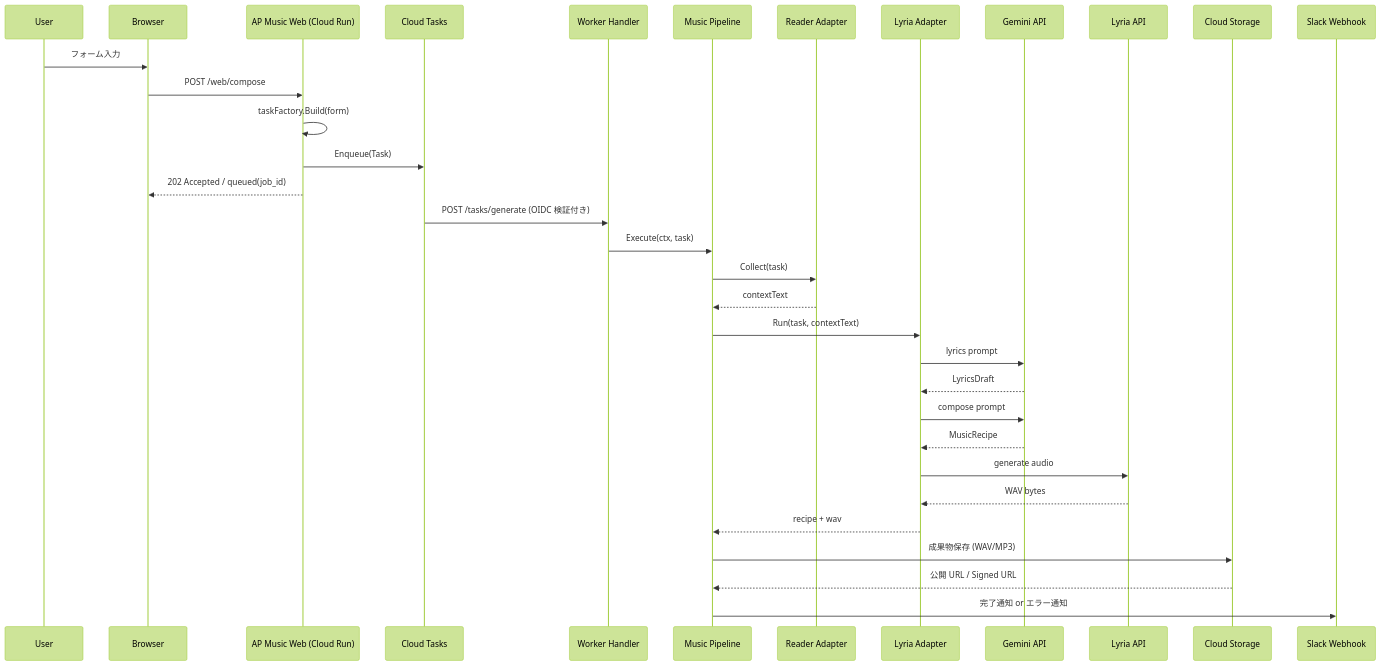
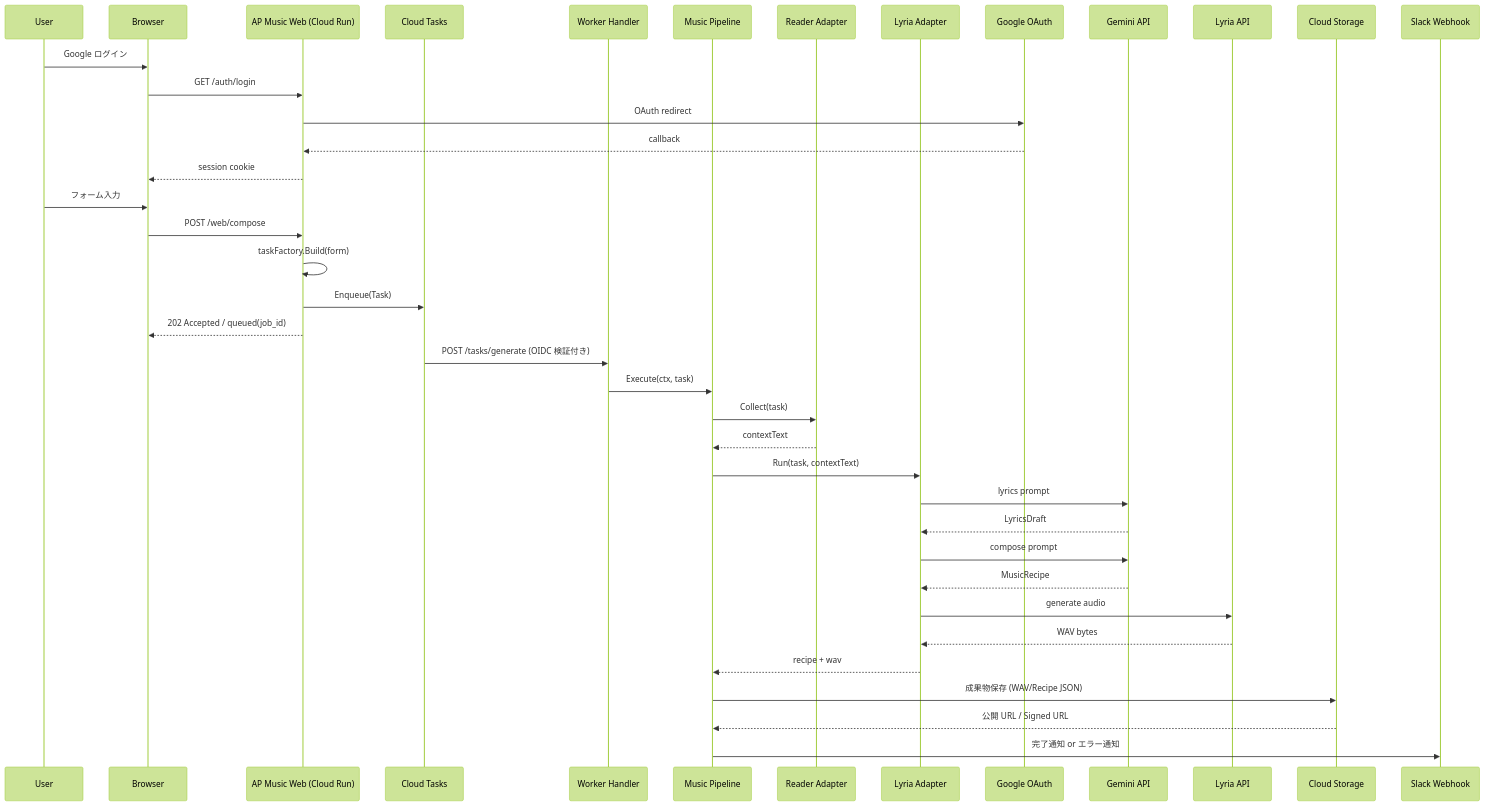
One commit to shouni/ap-music changed the diagram in README.md. Above: the diagram before and after it, drawn with Mermaid (forest theme). The commit also changed other lines of this file and 12 other files, not shown here.

````diff
--- a/README.md
+++ b/README.md
@@ -146,40 +147,47 @@
 ```mermaid
 sequenceDiagram
     participant User as User
     participant Browser as Browser
     participant Web as AP Music Web (Cloud Run)
     participant Queue as Cloud Tasks
     participant Worker as Worker Handler
     participant Pipeline as Music Pipeline
     participant Collector as Reader Adapter
     participant Runner as Lyria Adapter
+    participant Auth as Google OAuth
     participant Gemini as Gemini API
     participant Lyria as Lyria API
     participant GCS as Cloud Storage
     participant Slack as Slack Webhook
+
+    User->>Browser: Google ログイン
+    Browser->>Web: GET /auth/login
+    Web->>Auth: OAuth redirect
+    Auth-->>Web: callback
+    Web-->>Browser: session cookie
 
     User->>Browser: フォーム入力
     Browser->>Web: POST /web/compose
     Web->>Web: taskFactory.Build(form)
     Web->>Queue: Enqueue(Task)
     Web-->>Browser: 202 Accepted / queued(job_id)
 
     Queue->>Worker: POST /tasks/generate (OIDC 検証付き)
     Worker->>Pipeline: Execute(ctx, task)
 
     Pipeline->>Collector: Collect(task)
     Collector-->>Pipeline: contextText
 
     Pipeline->>Runner: Run(task, contextText)
     Runner->>Gemini: lyrics prompt
     Gemini-->>Runner: LyricsDraft
     Runner->>Gemini: compose prompt
     Gemini-->>Runner: MusicRecipe
     Runner->>Lyria: generate audio
     Lyria-->>Runner: WAV bytes
     Runner-->>Pipeline: recipe + wav
 
-    Pipeline->>GCS: 成果物保存 (WAV/MP3)
+    Pipeline->>GCS: 成果物保存 (WAV/Recipe JSON)
     GCS-->>Pipeline: 公開 URL / Signed URL
     Pipeline->>Slack: 完了通知 or エラー通知
 ```
````
